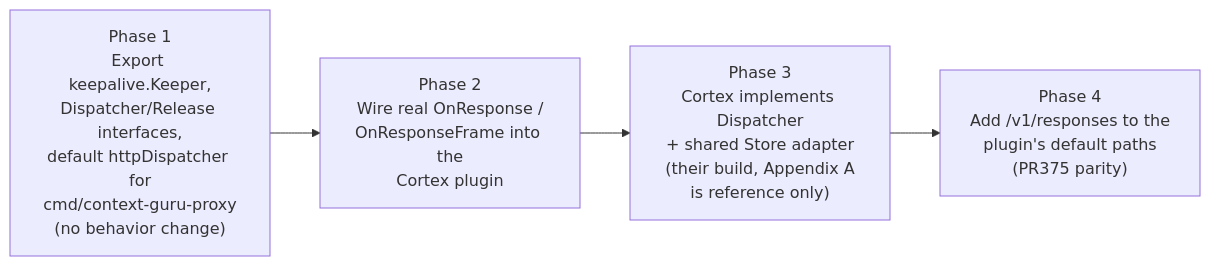
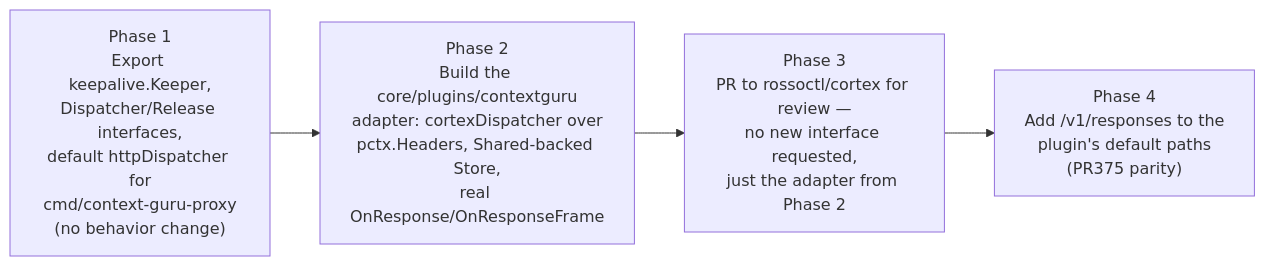
Before and after one commit to rossoctl/context-guru: the fifth of 5 diagrams in docs/proposals/cortex-integration.md, drawn with Mermaid. The commit also changed other lines of this file, not shown here.

First line of the commit message:
docs: separate infra-level asks from the context-guru-side adapter

````diff
--- a/docs/proposals/cortex-integration.md
+++ b/docs/proposals/cortex-integration.md
@@ -213,7 +303,7 @@
 ```mermaid
 graph LR
     P1["Phase 1<br/>Export keepalive.Keeper,<br/>Dispatcher/Release interfaces,<br/>default httpDispatcher for<br/>cmd/context-guru-proxy<br/>(no behavior change)"] --> P2
-    P2["Phase 2<br/>Wire real OnResponse /<br/>OnResponseFrame into the<br/>Cortex plugin"] --> P3
-    P3["Phase 3<br/>Cortex implements Dispatcher<br/>+ shared Store adapter<br/>(their build, Appendix A<br/>is reference only)"] --> P4
+    P2["Phase 2<br/>Build the core/plugins/contextguru<br/>adapter: cortexDispatcher over<br/>pctx.Headers, Shared-backed Store,<br/>real OnResponse/OnResponseFrame"] --> P3
+    P3["Phase 3<br/>PR to rossoctl/cortex for review —<br/>no new interface requested,<br/>just the adapter from Phase 2"] --> P4
     P4["Phase 4<br/>Add /v1/responses to the<br/>plugin's default paths<br/>(PR375 parity)"]
 ```
````
